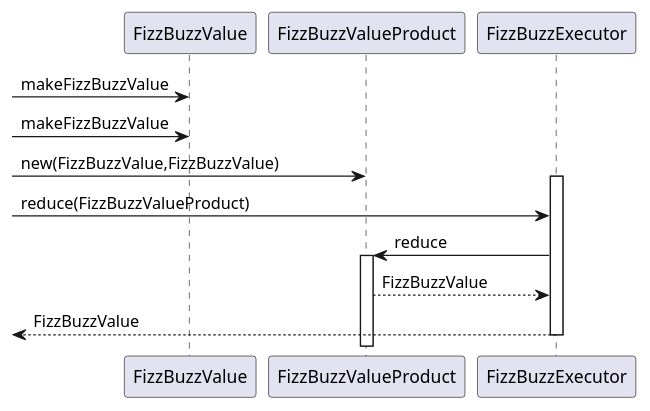
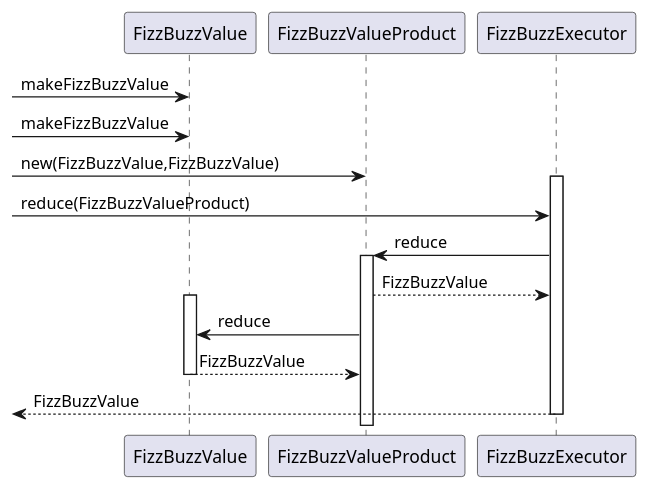
One commit to k2works/etude_for_java changed the fifth of 5 diagrams in docs/src/fizzbuzz.md. Above: the diagram before and after it, drawn with PlantUML. The commit also changed other lines of this file and 10 other files, not shown here.

First line of the commit message:
FizzBuzz #EFJ-8

````diff
--- a/docs/src/fizzbuzz.md
+++ b/docs/src/fizzbuzz.md
@@ -127,15 +140,19 @@
 ```puml
 @startuml
    -> FizzBuzzValue :makeFizzBuzzValue
    -> FizzBuzzValue :makeFizzBuzzValue
    -> FizzBuzzValueProduct :new(FizzBuzzValue,FizzBuzzValue)
    activate FizzBuzzExecutor
    -> FizzBuzzExecutor :reduce(FizzBuzzValueProduct)
       FizzBuzzExecutor -> FizzBuzzValueProduct :reduce
       activate FizzBuzzValueProduct
         FizzBuzzExecutor <-- FizzBuzzValueProduct :FizzBuzzValue
+          activate FizzBuzzValue
+            FizzBuzzValueProduct -> FizzBuzzValue :reduce
+            FizzBuzzValue --> FizzBuzzValueProduct :FizzBuzzValue
+          deactivate FizzBuzzValue
       deactivate FizzBuzzValue   
    <-- FizzBuzzExecutor :FizzBuzzValue
    deactivate FizzBuzzExecutor
 @enduml
 ```
````
